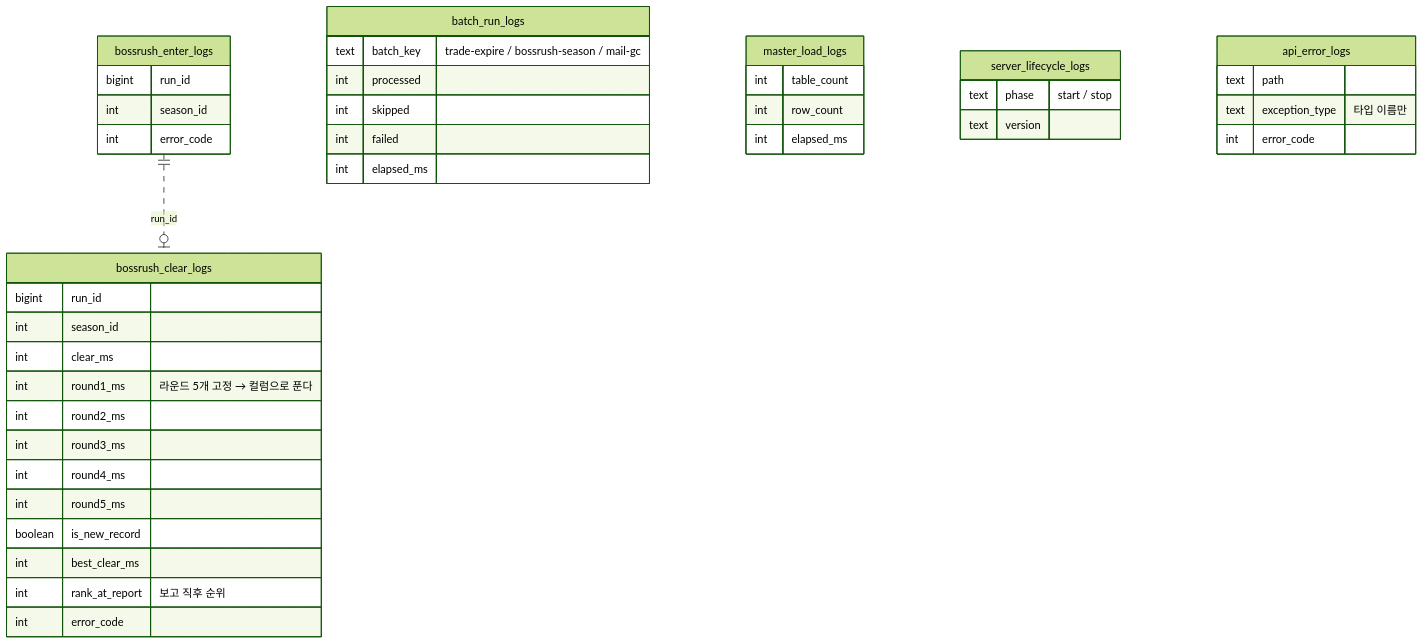
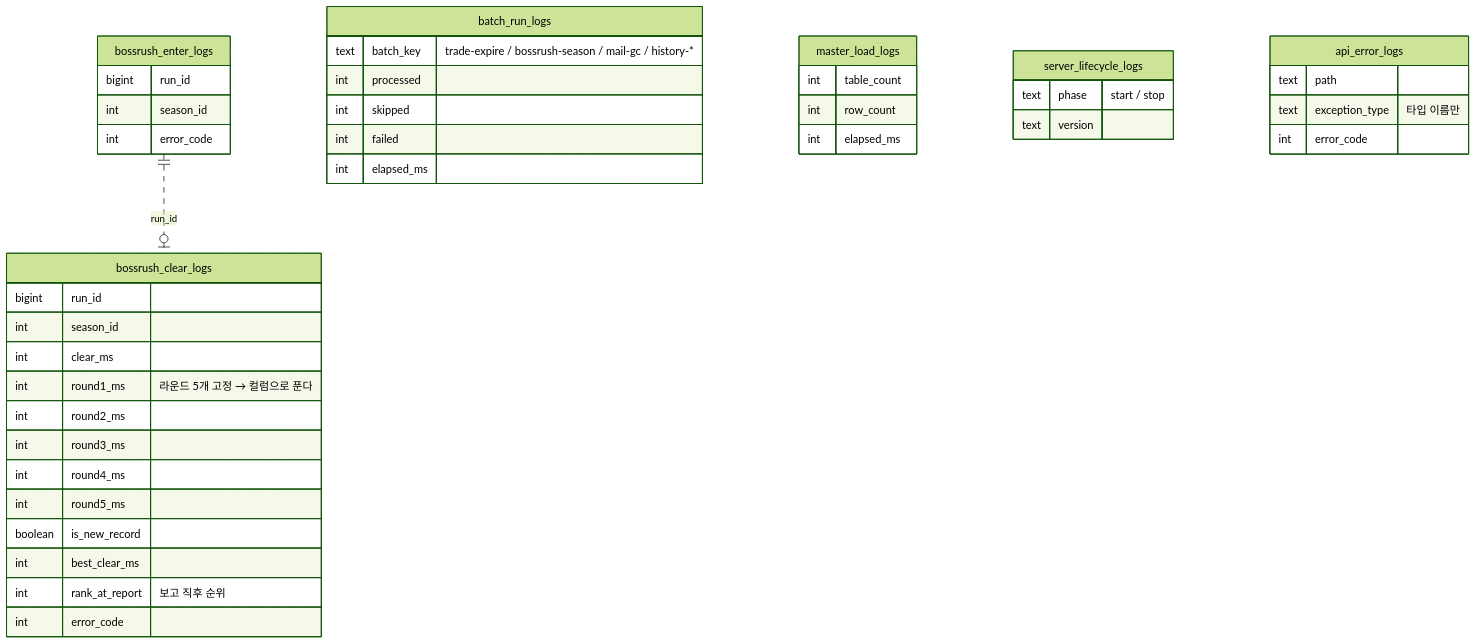
The sixth of 7 diagrams in docs/공통/로그-이벤트-정의.md (ks-wook/com2us-taskbar-hero), drawn with Mermaid (forest theme) before and after one commit. The commit also changed other lines of this file and 6 other files, not shown here.

````diff
--- a/docs/공통/로그-이벤트-정의.md
+++ b/docs/공통/로그-이벤트-정의.md
@@ -771,45 +789,45 @@
 ```mermaid
 erDiagram
     bossrush_enter_logs ||..o| bossrush_clear_logs : "run_id"
 
     bossrush_enter_logs {
         bigint run_id
         int season_id
         int error_code
     }
     bossrush_clear_logs {
         bigint run_id
         int season_id
         int clear_ms
         int round1_ms "라운드 5개 고정 → 컬럼으로 푼다"
         int round2_ms
         int round3_ms
         int round4_ms
         int round5_ms
         boolean is_new_record
         int best_clear_ms
         int rank_at_report "보고 직후 순위"
         int error_code
     }
     batch_run_logs {
-        text batch_key "trade-expire / bossrush-season / mail-gc"
+        text batch_key "trade-expire / bossrush-season / mail-gc / history-*"
         int processed
         int skipped
         int failed
         int elapsed_ms
     }
     master_load_logs {
         int table_count
         int row_count
         int elapsed_ms
     }
     server_lifecycle_logs {
         text phase "start / stop"
         text version
     }
     api_error_logs {
         text path
         text exception_type "타입 이름만"
         int error_code
     }
 ```
````
